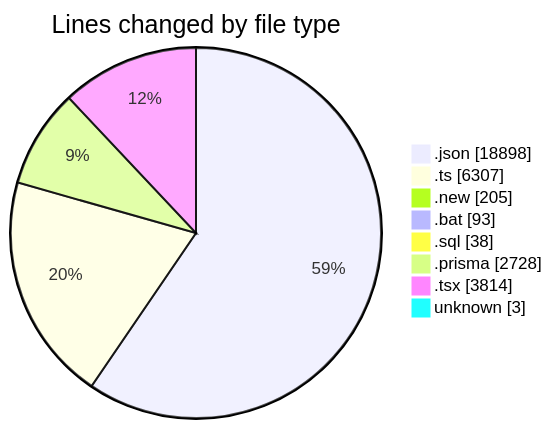
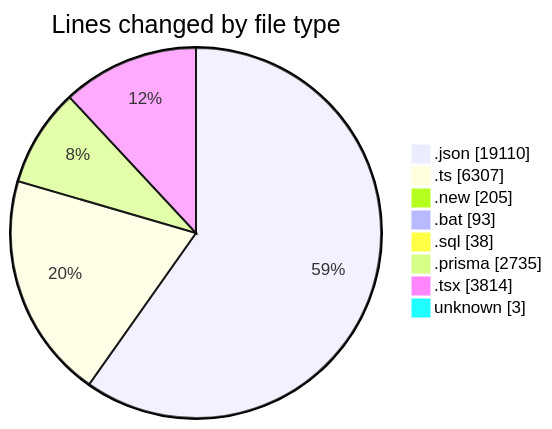
Before and after one commit to CELIANVF/code-tracking: the first of 2 diagrams in 2025-05-20/ecodeli-1/README.md, drawn with Mermaid. The commit also changed other lines of this file and 1 other file, not shown here.

````diff
--- a/2025-05-20/ecodeli-1/README.md
+++ b/2025-05-20/ecodeli-1/README.md
@@ -72,12 +72,12 @@
 ```mermaid
 pie showData
 title Lines changed by file type
-".json" : 18898
+".json" : 19110
 ".ts" : 6307
 ".new" : 205
 ".bat" : 93
 ".sql" : 38
-".prisma" : 2728
+".prisma" : 2735
 ".tsx" : 3814
 "unknown" : 3
 ```
````
